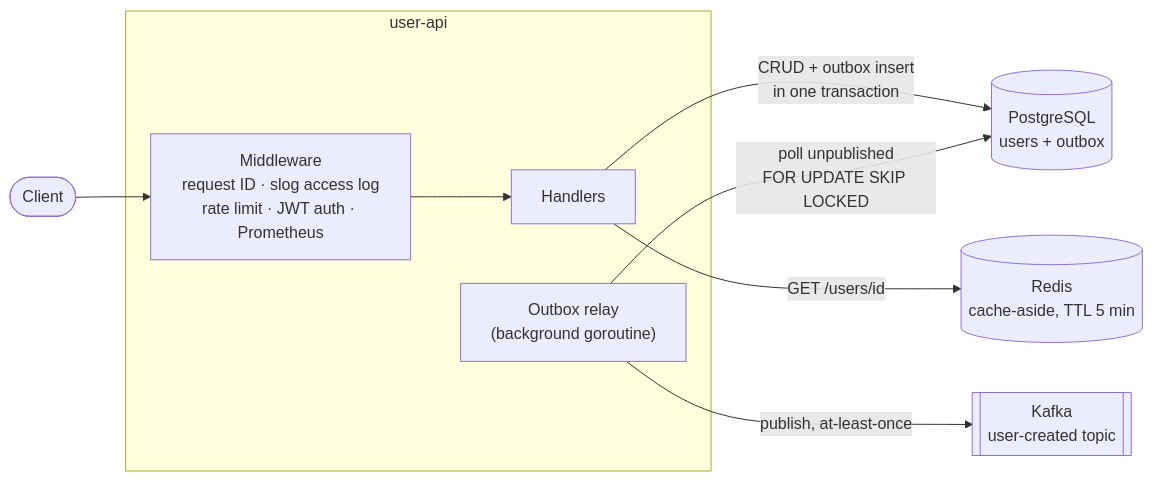
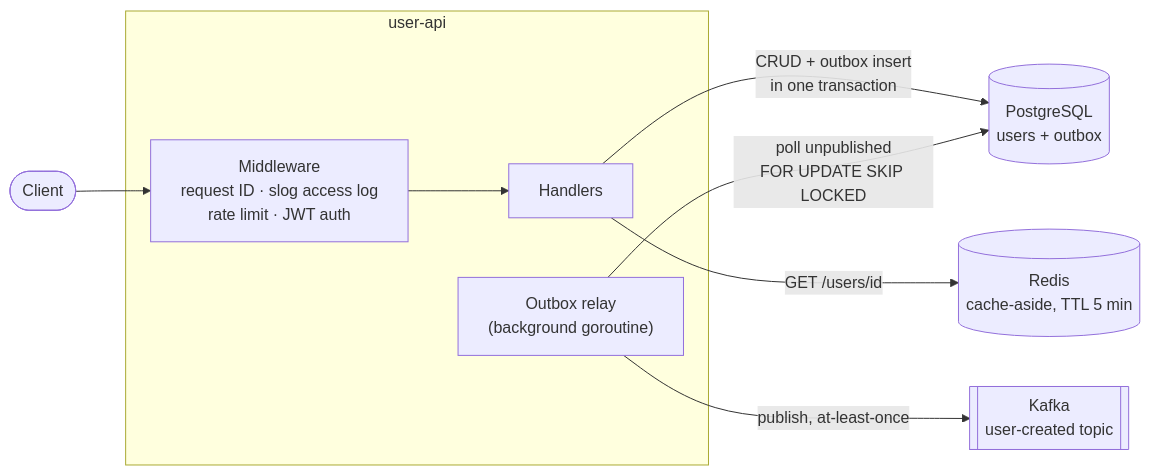
The diagram in README.md (Relicxx/user-api), drawn with Mermaid before and after one commit. The commit also changed other lines of this file and 6 other files, not shown here.

````diff
--- a/README.md
+++ b/README.md
@@ -7,20 +7,20 @@
 ```mermaid
 flowchart LR
     Client([Client])
 
     subgraph service [user-api]
-        MW["Middleware<br/>request ID · slog access log<br/>rate limit · JWT auth · Prometheus"]
+        MW["Middleware<br/>request ID · slog access log<br/>rate limit · JWT auth"]
         H[Handlers]
         Relay["Outbox relay<br/>(background goroutine)"]
     end
 
     PG[(PostgreSQL<br/>users + outbox)]
     R[(Redis<br/>cache-aside, TTL 5 min)]
     K[[Kafka<br/>user-created topic]]
 
     Client --> MW --> H
     H -->|CRUD + outbox insert<br/>in one transaction| PG
     H -->|GET /users/id| R
     Relay -->|poll unpublished<br/>FOR UPDATE SKIP LOCKED| PG
     Relay -->|publish, at-least-once| K
 ```
````
